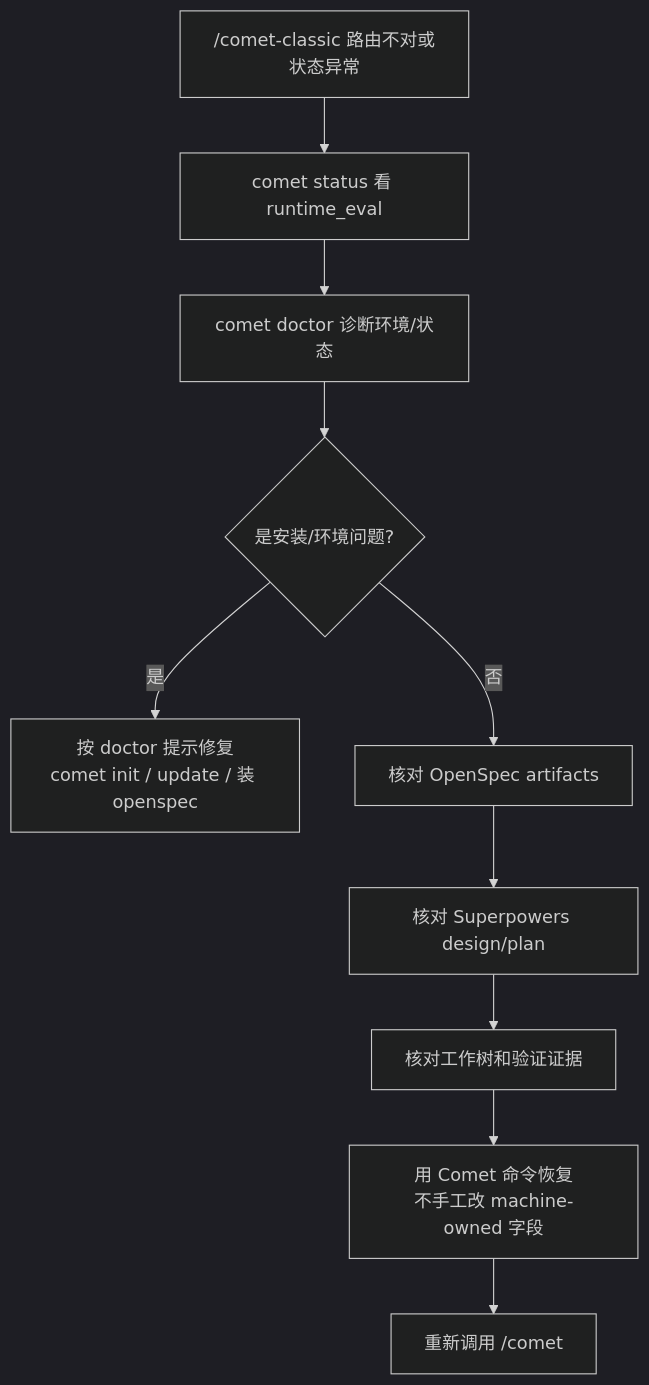
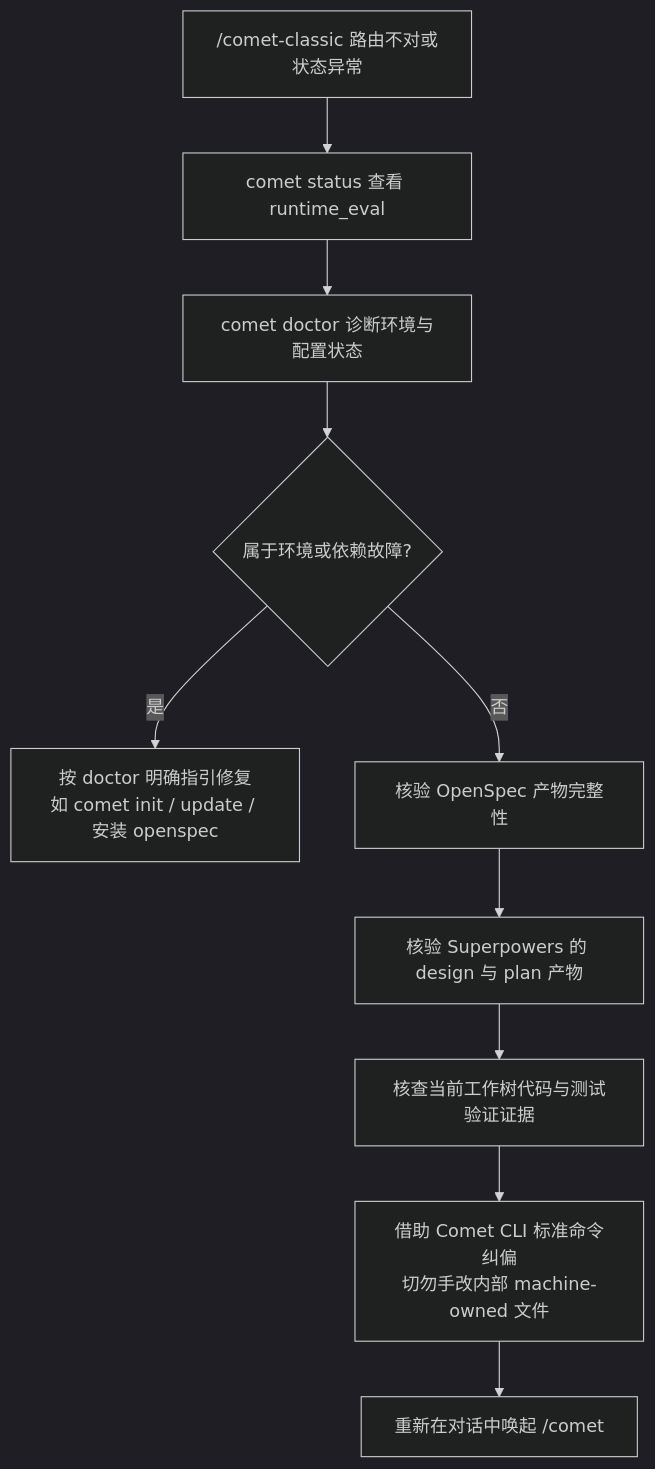
One commit to rpamis/comet-website-docs changed the diagram in zh/guides/state-recovery.mdx. Above: the diagram before and after it, drawn with Mermaid (dark theme). The commit also changed other lines of this file and 76 other files, not shown here.

````diff
--- a/zh/guides/state-recovery.mdx
+++ b/zh/guides/state-recovery.mdx
@@ -86,12 +84,12 @@
 ```mermaid
 flowchart TD
-  A["/comet-classic 路由不对或状态异常"] --> B["comet status 看 runtime_eval"]
-  B --> C["comet doctor 诊断环境/状态"]
-  C --> D{"是安装/环境问题?"}
-  D -->|是| E["按 doctor 提示修复<br/>comet init / update / 装 openspec"]
-  D -->|否| F["核对 OpenSpec artifacts"]
-  F --> G["核对 Superpowers design/plan"]
-  G --> H["核对工作树和验证证据"]
-  H --> I["用 Comet 命令恢复<br/>不手工改 machine-owned 字段"]
-  I --> J["重新调用 /comet"]
+  A["/comet-classic 路由不对或状态异常"] --> B["comet status 查看 runtime_eval"]
+  B --> C["comet doctor 诊断环境与配置状态"]
+  C --> D{"属于环境或依赖故障?"}
+  D -->|是| E["按 doctor 明确指引修复<br/>如 comet init / update / 安装 openspec"]
+  D -->|否| F["核验 OpenSpec 产物完整性"]
+  F --> G["核验 Superpowers 的 design 与 plan 产物"]
+  G --> H["核查当前工作树代码与测试验证证据"]
+  H --> I["借助 Comet CLI 标准命令纠偏<br/>切勿手改内部 machine-owned 文件"]
+  I --> J["重新在对话中唤起 /comet"]
 ```
````
